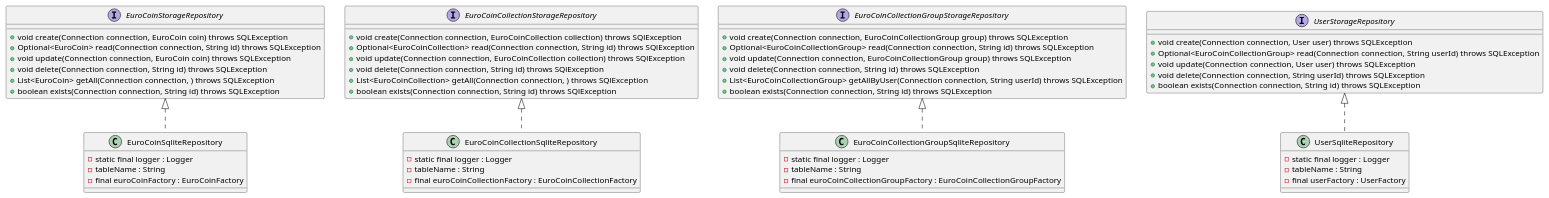
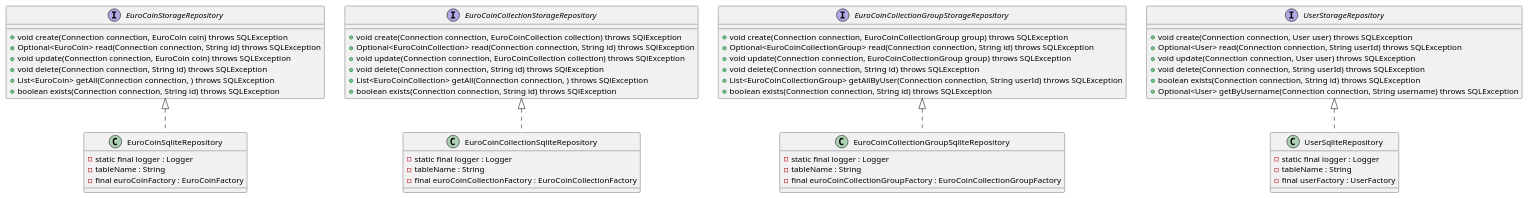
Before and after one commit to lstramke/coincollector: the diagram in docs/CodeStructure/repositories/storageRepositoryLayer.puml, drawn with PlantUML. The commit also changed 11 other files, not shown here.

```diff
--- a/docs/CodeStructure/repositories/storageRepositoryLayer.puml
+++ b/docs/CodeStructure/repositories/storageRepositoryLayer.puml
@@ -1,68 +1,69 @@
-@startuml storageRepositoryLayer_v3
+@startuml storageRepositoryLayer_v4
 
 interface EuroCoinStorageRepository {
     + void create(Connection connection, EuroCoin coin) throws SQLException
     + Optional<EuroCoin> read(Connection connection, String id) throws SQLException
     + void update(Connection connection, EuroCoin coin) throws SQLException
     + void delete(Connection connection, String id) throws SQLException
     + List<EuroCoin> getAll(Connection connection, ) throws SQLException
     + boolean exists(Connection connection, String id) throws SQLException
 }
 
 interface EuroCoinCollectionStorageRepository {
     + void create(Connection connection, EuroCoinCollection collection) throws SQlException
     + Optional<EuroCoinCollection> read(Connection connection, String id) throws SQlException
     + void update(Connection connection, EuroCoinCollection collection) throws SQlException
     + void delete(Connection connection, String id) throws SQlException
     + List<EuroCoinCollection> getAll(Connection connection, ) throws SQlException
     + boolean exists(Connection connection, String id) throws SQlException
 }
 
 interface EuroCoinCollectionGroupStorageRepository {
     + void create(Connection connection, EuroCoinCollectionGroup group) throws SQLException
     + Optional<EuroCoinCollectionGroup> read(Connection connection, String id) throws SQLException
     + void update(Connection connection, EuroCoinCollectionGroup group) throws SQLException
     + void delete(Connection connection, String id) throws SQLException
     + List<EuroCoinCollectionGroup> getAllByUser(Connection connection, String userId) throws SQLException
     + boolean exists(Connection connection, String id) throws SQLException
 }
 
 interface UserStorageRepository {
     + void create(Connection connection, User user) throws SQLException
-    + Optional<EuroCoinCollectionGroup> read(Connection connection, String userId) throws SQLException
+    + Optional<User> read(Connection connection, String userId) throws SQLException
     + void update(Connection connection, User user) throws SQLException
     + void delete(Connection connection, String userId) throws SQLException
     + boolean exists(Connection connection, String id) throws SQLException
+    + Optional<User> getByUsername(Connection connection, String username) throws SQLException
 }
 
 
 class EuroCoinSqliteRepository {
     - static final logger : Logger
     - tableName : String
     - final euroCoinFactory : EuroCoinFactory
 }
 
 class EuroCoinCollectionSqliteRepository {
     - static final logger : Logger
     - tableName : String
     - final euroCoinCollectionFactory : EuroCoinCollectionFactory
 }
 
 class EuroCoinCollectionGroupSqliteRepository {
     - static final logger : Logger
     - tableName : String
     - final euroCoinCollectionGroupFactory : EuroCoinCollectionGroupFactory
 }
 
 class UserSqliteRepository {
     - static final logger : Logger
     - tableName : String
     - final userFactory : UserFactory
 }
 
 EuroCoinStorageRepository <|.. EuroCoinSqliteRepository
 EuroCoinCollectionStorageRepository <|.. EuroCoinCollectionSqliteRepository
 EuroCoinCollectionGroupStorageRepository <|.. EuroCoinCollectionGroupSqliteRepository
 UserStorageRepository <|.. UserSqliteRepository
 
 @enduml
```
